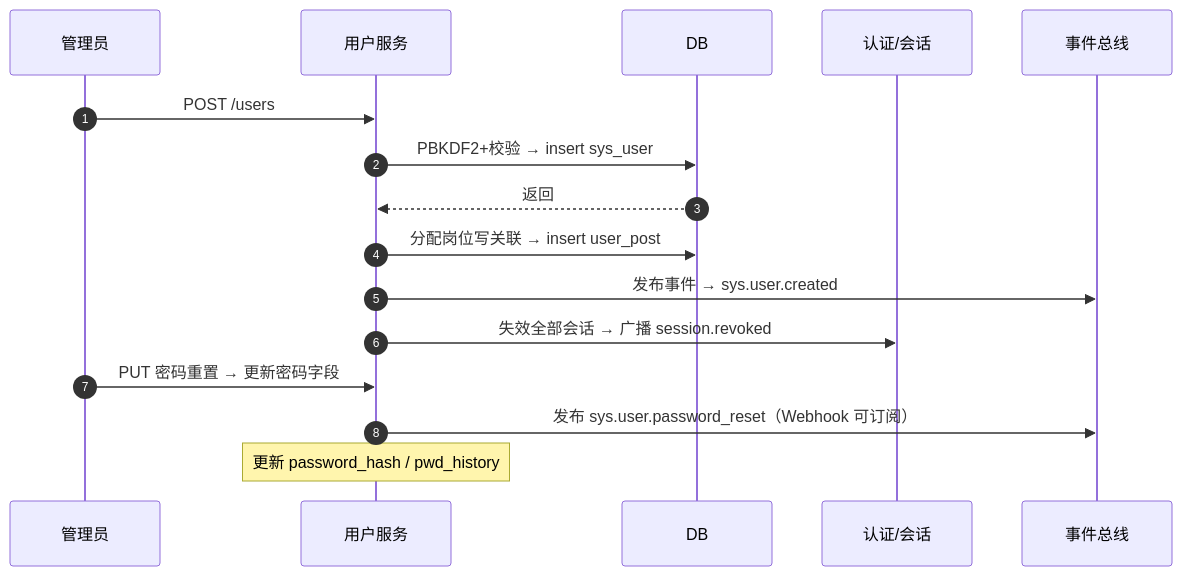
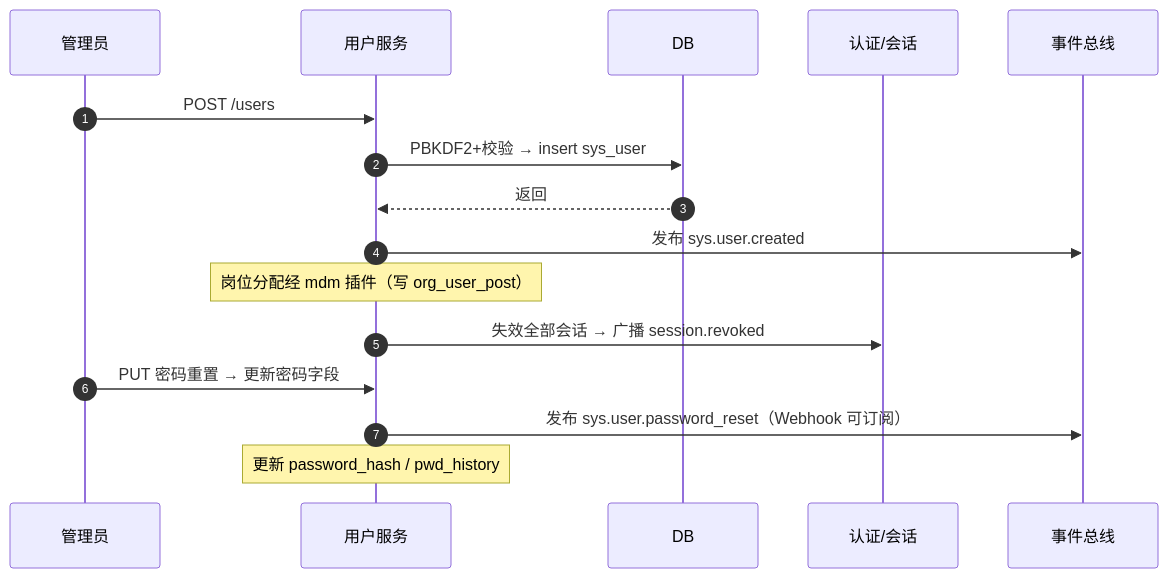
The diagram in bms文档/设计/概要设计/03_概要设计_用户管理.md (minjian123/basic-management-system), drawn with Mermaid before and after one commit. The commit also changed other lines of this file and 15 other files, not shown here.

````diff
--- a/bms文档/设计/概要设计/03_概要设计_用户管理.md
+++ b/bms文档/设计/概要设计/03_概要设计_用户管理.md
@@ -57,19 +57,19 @@
 ```mermaid
 sequenceDiagram
     autonumber
     participant 管理员
     participant 用户服务
     participant DB
     participant 认证会话 as 认证/会话
     participant 事件总线
 
     管理员->>用户服务: POST /users
     用户服务->>DB: PBKDF2+校验 → insert sys_user
     DB-->>用户服务: 返回
-    用户服务->>DB: 分配岗位写关联 → insert user_post
-    用户服务->>事件总线: 发布事件 → sys.user.created
+    用户服务->>事件总线: 发布 sys.user.created
+    Note over 用户服务: 岗位分配经 mdm 插件（写 org_user_post）
     用户服务->>认证会话: 失效全部会话 → 广播 session.revoked
     管理员->>用户服务: PUT 密码重置 → 更新密码字段
     用户服务->>事件总线: 发布 sys.user.password_reset（Webhook 可订阅）
     Note over 用户服务: 更新 password_hash / pwd_history
 ```
````
